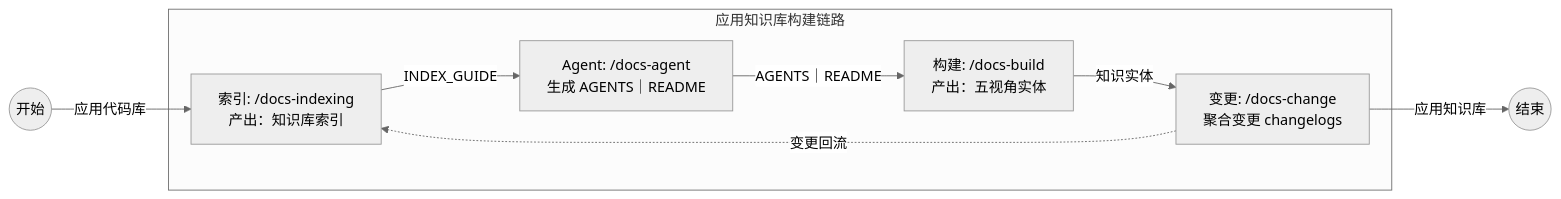
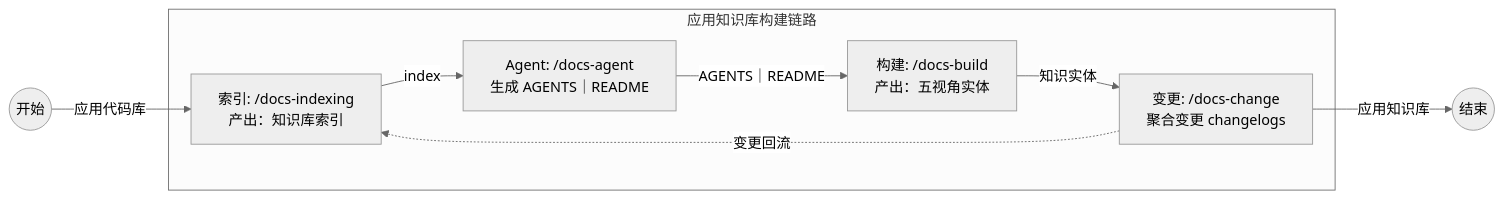
One commit to oleewen/ai-knowledge changed the second of 11 diagrams in docs/sharing/Harness工程实践：SSOT知识库+Skills链让AI交付可控.md. Above: the diagram before and after it, drawn with Mermaid (neutral theme). The commit also changed other lines of this file and 132 other files, not shown here.

````diff
--- a/docs/sharing/Harness工程实践：SSOT知识库+Skills链让AI交付可控.md
+++ b/docs/sharing/Harness工程实践：SSOT知识库+Skills链让AI交付可控.md
@@ -218,15 +218,15 @@
 ```mermaid
 flowchart LR
     S((开始))
     Z((结束))
 
     subgraph APPLICATION["应用知识库构建链路"]
         A["索引: /docs-indexing<br/>产出：知识库索引"]
         B["Agent: /docs-agent<br/>生成 AGENTS｜README"]
         C["构建: /docs-build<br/>产出：五视角实体"]
         D["变更: /docs-change<br/>聚合变更 changelogs"]
     end
 
-    S -- 应用代码库 --> A -- INDEX_GUIDE --> B -- AGENTS｜README --> C -- 知识实体 --> D -- 应用知识库 --> Z
+    S -- 应用代码库 --> A -- index --> B -- AGENTS｜README --> C -- 知识实体 --> D -- 应用知识库 --> Z
     D -.变更回流.-> A
 ```
````
